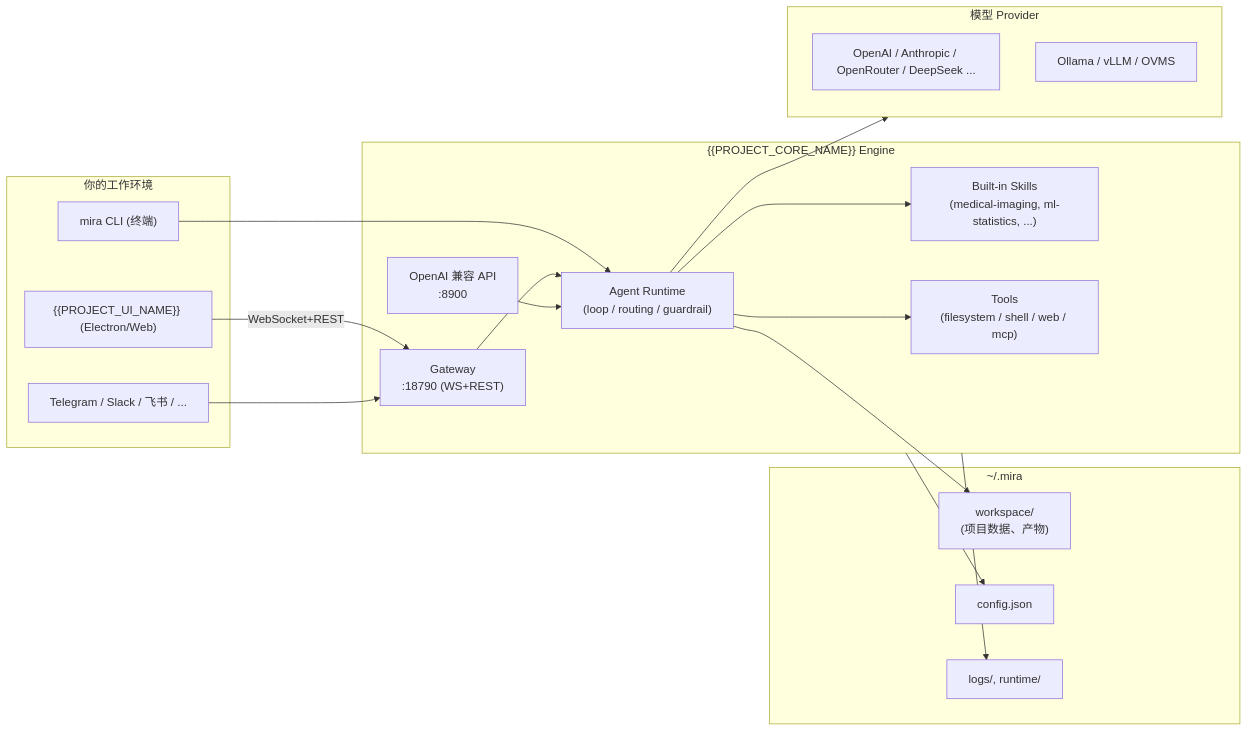
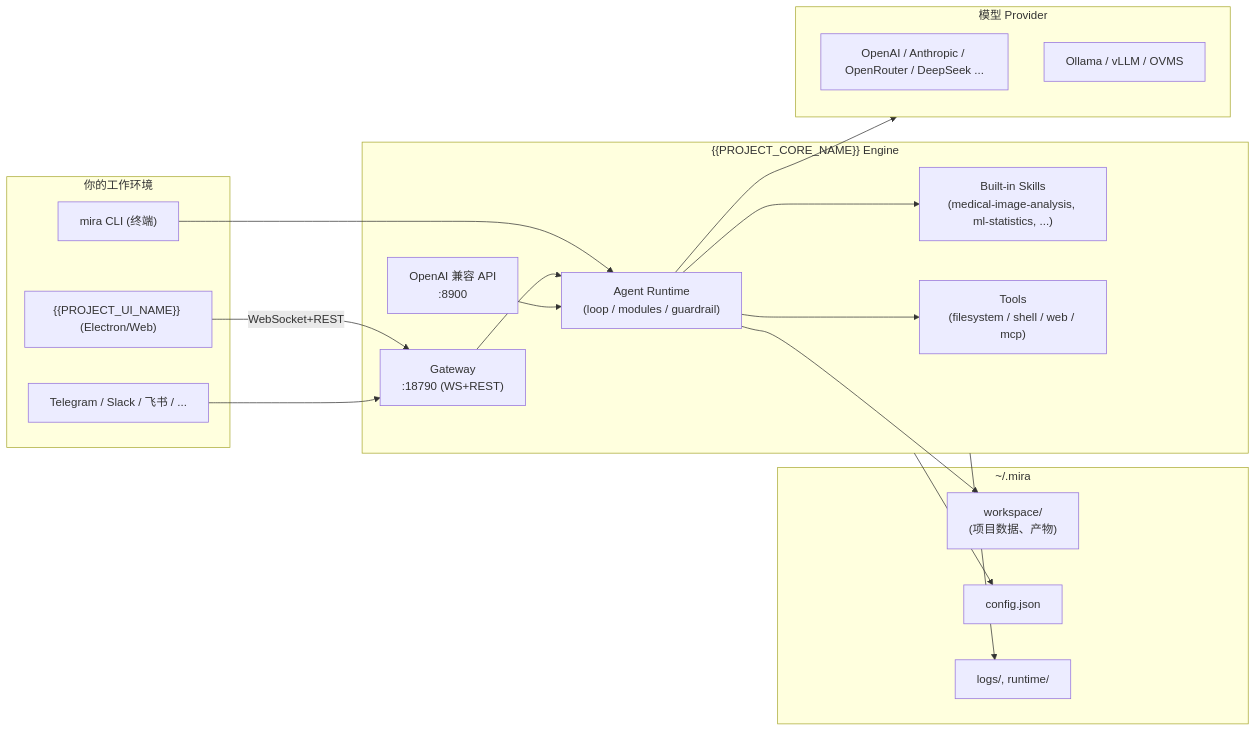
One commit to MIRA-Intelligence/mira-docs changed the diagram in docs/index.mdx. Above: the diagram before and after it, drawn with Mermaid. The commit also changed other lines of this file and 80 other files, not shown here.

````diff
--- a/docs/index.mdx
+++ b/docs/index.mdx
@@ -35,39 +39,39 @@
 ```mermaid
 flowchart LR
     subgraph User["你的工作环境"]
         UI["{{PROJECT_UI_NAME}} (Electron/Web)"]
         CLI["mira CLI (终端)"]
         Chat["Telegram / Slack / 飞书 / ..."]
     end
 
     subgraph Engine["{{PROJECT_CORE_NAME}} Engine"]
         Gateway["Gateway<br/>:18790 (WS+REST)"]
         API["OpenAI 兼容 API<br/>:8900"]
-        Agent["Agent Runtime<br/>(loop / routing / guardrail)"]
-        Skills["Built-in Skills<br/>(medical-imaging, ml-statistics, ...)"]
+        Agent["Agent Runtime<br/>(loop / modules / guardrail)"]
+        Skills["Built-in Skills<br/>(medical-image-analysis, ml-statistics, ...)"]
         Tools["Tools<br/>(filesystem / shell / web / mcp)"]
     end
 
     subgraph Storage["~/.mira"]
         Workspace["workspace/<br/>(项目数据、产物)"]
         Config["config.json"]
         Logs["logs/, runtime/"]
     end
 
     subgraph LLM["模型 Provider"]
         Cloud["OpenAI / Anthropic / OpenRouter / DeepSeek ..."]
         Local["Ollama / vLLM / OVMS"]
     end
 
     UI -->|WebSocket+REST| Gateway
     CLI --> Agent
     Chat --> Gateway
     Gateway --> Agent
     API --> Agent
     Agent --> Skills
     Agent --> Tools
     Agent --> LLM
     Agent --> Workspace
     Engine --> Logs
     Engine --> Config
 ```
````
